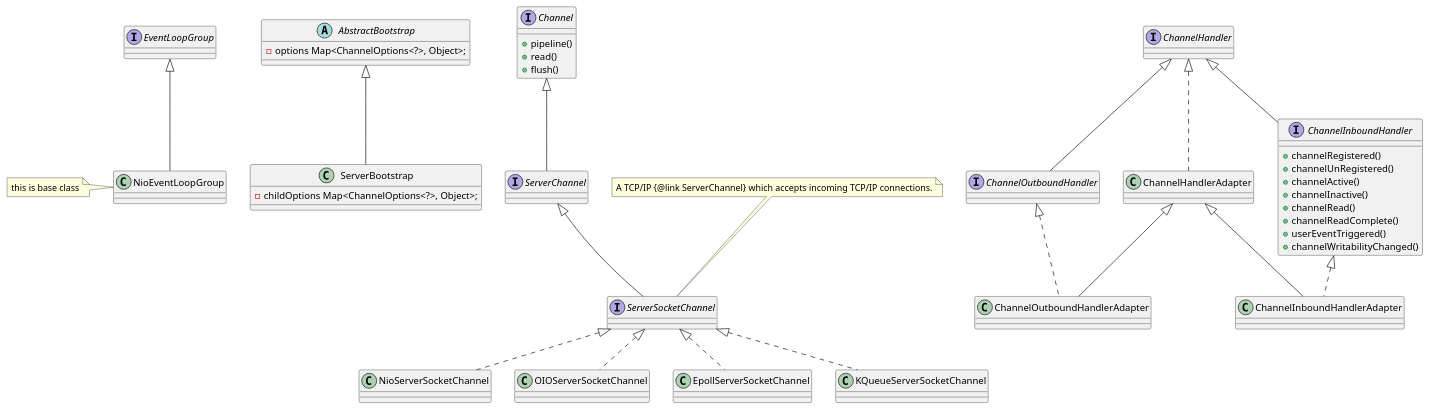
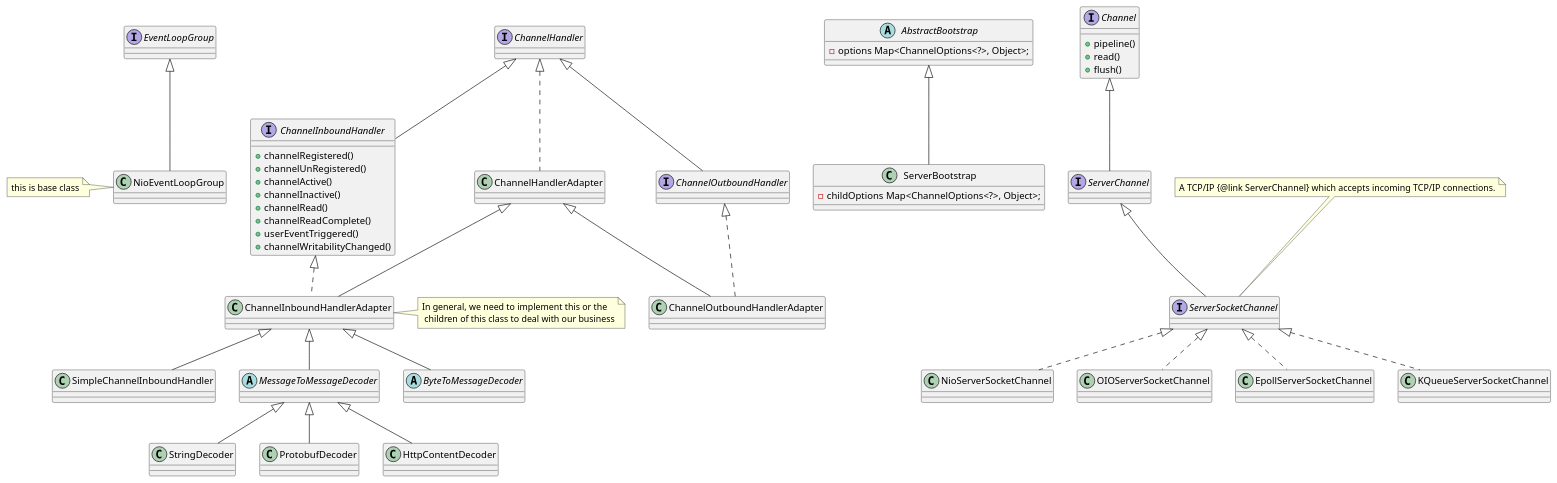
The diagram in netty.puml (loversugar/netty-learning), drawn with PlantUML before and after one commit.

```diff
--- a/netty.puml
+++ b/netty.puml
@@ -1,62 +1,78 @@
 @startuml
 interface EventLoopGroup
 class NioEventLoopGroup {
 }
 
 note left of NioEventLoopGroup: this is base class
 EventLoopGroup <|-- NioEventLoopGroup
 
 abstract AbstractBootstrap {
     -options Map<ChannelOptions<?>, Object>;
 }
 class ServerBootstrap {
     -childOptions Map<ChannelOptions<?>, Object>;
 }
 AbstractBootstrap <|-- ServerBootstrap
 
 interface Channel {
     +pipeline()
     +read()
     +flush()
 }
 interface ServerChannel
 interface ServerSocketChannel
 note top of ServerSocketChannel: A TCP/IP {@link ServerChannel} which accepts incoming TCP/IP connections.
 
 class NioServerSocketChannel
 class OIOServerSocketChannel
 class EpollServerSocketChannel
 class KQueueServerSocketChannel
 
 Channel <|-- ServerChannel
 ServerChannel <|-- ServerSocketChannel
 ServerSocketChannel <|.. NioServerSocketChannel
 ServerSocketChannel <|.. OIOServerSocketChannel
 ServerSocketChannel <|.. EpollServerSocketChannel
 ServerSocketChannel <|.. KQueueServerSocketChannel
 
 interface ChannelHandler
 class ChannelHandlerAdapter
 interface ChannelOutboundHandler
 interface ChannelInboundHandler {
     +channelRegistered()
     +channelUnRegistered()
     +channelActive()
     +channelInactive()
     +channelRead()
     +channelReadComplete()
     +userEventTriggered()
     +channelWritabilityChanged()
 }
 class ChannelOutboundHandlerAdapter
+
 class ChannelInboundHandlerAdapter
+class SimpleChannelInboundHandler
+abstract class MessageToMessageDecoder
+class StringDecoder
+class ProtobufDecoder
+class HttpContentDecoder
+abstract class ByteToMessageDecoder
+
+note right of ChannelInboundHandlerAdapter: In general, we need to implement this or the \n children of this class to deal with our business
 
 ChannelHandler <|.. ChannelHandlerAdapter
 ChannelHandler <|-- ChannelOutboundHandler
 ChannelHandler <|-- ChannelInboundHandler
 ChannelHandlerAdapter <|-- ChannelOutboundHandlerAdapter
 ChannelHandlerAdapter <|-- ChannelInboundHandlerAdapter
 ChannelInboundHandler <|.. ChannelInboundHandlerAdapter
 ChannelOutboundHandler <|.. ChannelOutboundHandlerAdapter
+ChannelInboundHandlerAdapter <|-- SimpleChannelInboundHandler
+ChannelInboundHandlerAdapter <|-- MessageToMessageDecoder
+MessageToMessageDecoder <|-- StringDecoder
+MessageToMessageDecoder <|-- ProtobufDecoder
+MessageToMessageDecoder <|-- HttpContentDecoder
+ChannelInboundHandlerAdapter <|-- ByteToMessageDecoder
+
 
 @enduml
```
